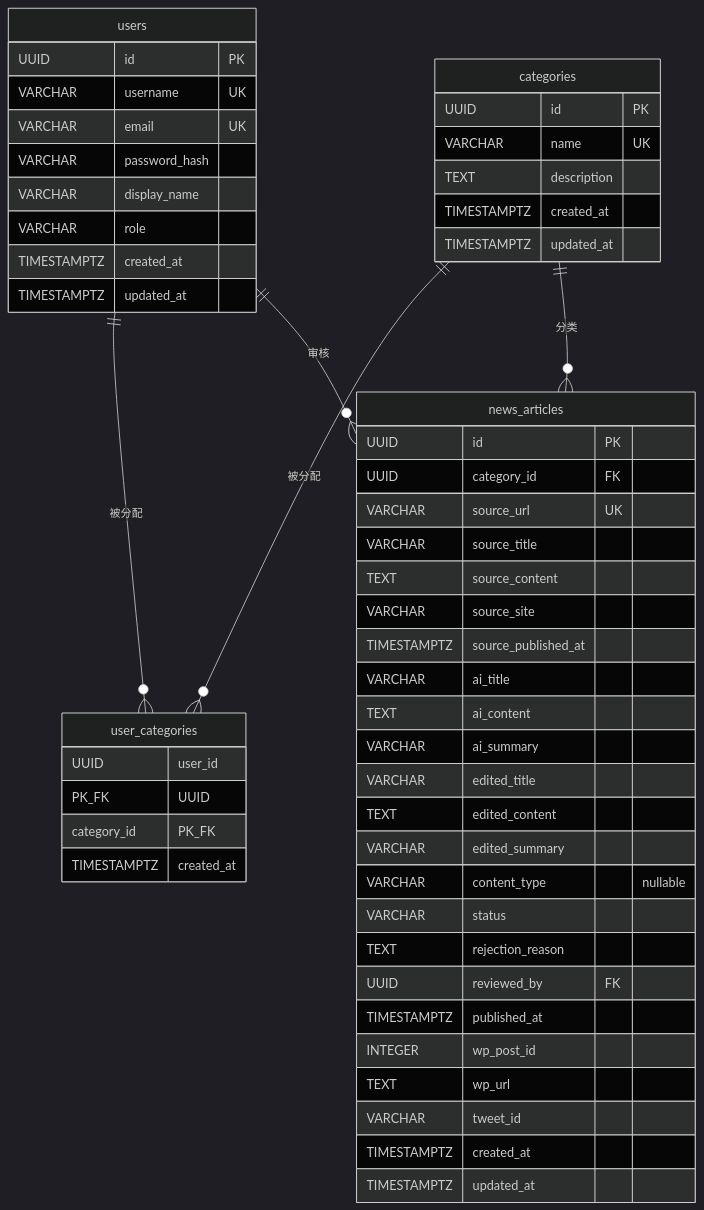
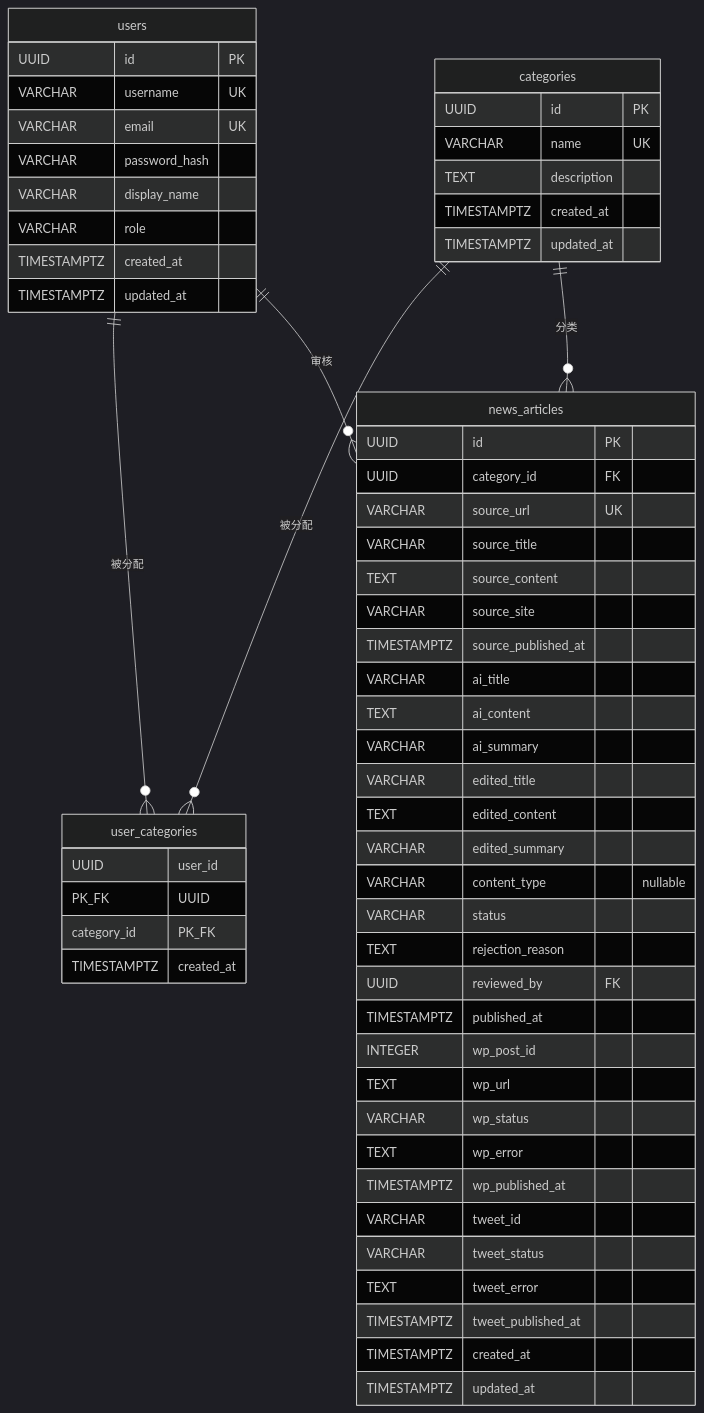
The third of 3 diagrams in docs/hld.md (Guitang0414/Tiffany-Z-Intern-2026), drawn with Mermaid (dark theme) before and after one commit. The commit also changed other lines of this file, not shown here.

First line of the commit message:
docs(hld): add per-platform status fields; switch to frontend-prepopulate model

````diff
--- a/docs/hld.md
+++ b/docs/hld.md
@@ -389,58 +399,64 @@
 ```mermaid
 erDiagram
     users {
         UUID id PK
         VARCHAR username UK
         VARCHAR email UK
         VARCHAR password_hash
         VARCHAR display_name
         VARCHAR role
         TIMESTAMPTZ created_at
         TIMESTAMPTZ updated_at
     }
 
     categories {
         UUID id PK
         VARCHAR name UK
         TEXT description
         TIMESTAMPTZ created_at
         TIMESTAMPTZ updated_at
     }
 
     user_categories {
         UUID user_id PK_FK
         UUID category_id PK_FK
         TIMESTAMPTZ created_at
     }
 
     news_articles {
         UUID id PK
         UUID category_id FK
         VARCHAR source_url UK
         VARCHAR source_title
         TEXT source_content
         VARCHAR source_site
         TIMESTAMPTZ source_published_at
         VARCHAR ai_title
         TEXT ai_content
         VARCHAR ai_summary
         VARCHAR edited_title
         TEXT edited_content
         VARCHAR edited_summary
         VARCHAR content_type "nullable"
         VARCHAR status
         TEXT rejection_reason
         UUID reviewed_by FK
         TIMESTAMPTZ published_at
         INTEGER wp_post_id
         TEXT wp_url
+        VARCHAR wp_status
+        TEXT wp_error
+        TIMESTAMPTZ wp_published_at
         VARCHAR tweet_id
+        VARCHAR tweet_status
+        TEXT tweet_error
+        TIMESTAMPTZ tweet_published_at
         TIMESTAMPTZ created_at
         TIMESTAMPTZ updated_at
     }
 
     users ||--o{ user_categories : "被分配"
     categories ||--o{ user_categories : "被分配"
     categories ||--o{ news_articles : "分类"
     users ||--o{ news_articles : "审核"
 ```
````
